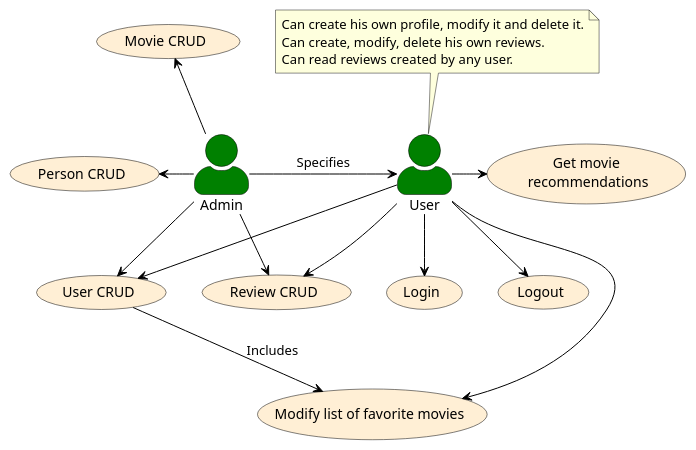
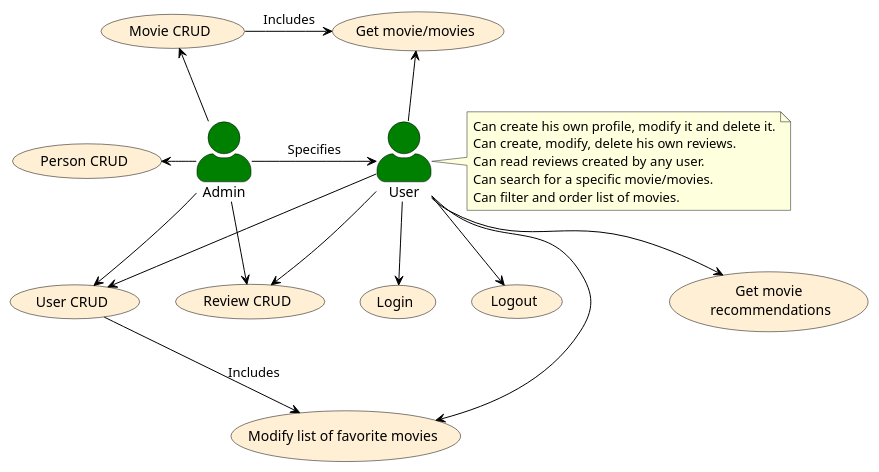
The diagram in documentation/movieRecommenderUseCase.puml (mabartos/pa165-movies-recommender-catalogue), drawn with PlantUML before and after one commit. The commit also changed 2 other files, not shown here.

Commit message:
feat: get movies use case

```diff
--- a/documentation/movieRecommenderUseCase.puml
+++ b/documentation/movieRecommenderUseCase.puml
@@ -1,58 +1,63 @@
 @startuml
 
 'https://plantuml.com/use-case-diagram
 skinparam actorStyle awesome
 
 skinparam usecase {
     BackgroundColor PapayaWhip
     BorderColor Black
 }
 
 skinparam Actor {
     BackgroundColor Green
     BorderColor Black
 }
 
 skinparam Arrow {
     Color Black
 }
 
 :Admin:
 :User:
 
 (Person CRUD)
 (Movie CRUD)
 (User CRUD)
 (Review CRUD)
 (Modify list of favorite movies) as fav
+(Get movie/movies) as view
 
 (Get movie\n recommendations) as recommend
 
 (Login)
 (Logout)
 
-Admin -up->(Review CRUD)
+Admin -down->(Review CRUD)
 Admin -right-> (User CRUD)
 Admin -left-> (Person CRUD)
 Admin -up-> (Movie CRUD)
 User --> (User CRUD)
 User --> (Review CRUD)
 User --> fav
+User -up-> view
 (User CRUD) --> fav : Includes
+(Movie CRUD) -> view : Includes
 
-User -right-> recommend
+User --> recommend
 
 User --> (Login)
 User --> (Logout)
 
 
 'Generalization
 Admin -> User : Specifies
 
-note top of User
+note right of User
     Can create his own profile, modify it and delete it.
     Can create, modify, delete his own reviews.
     Can read reviews created by any user.
+    Can search for a specific movie/movies.
+    Can filter and order list of movies.
 end note
 
 @enduml
```
